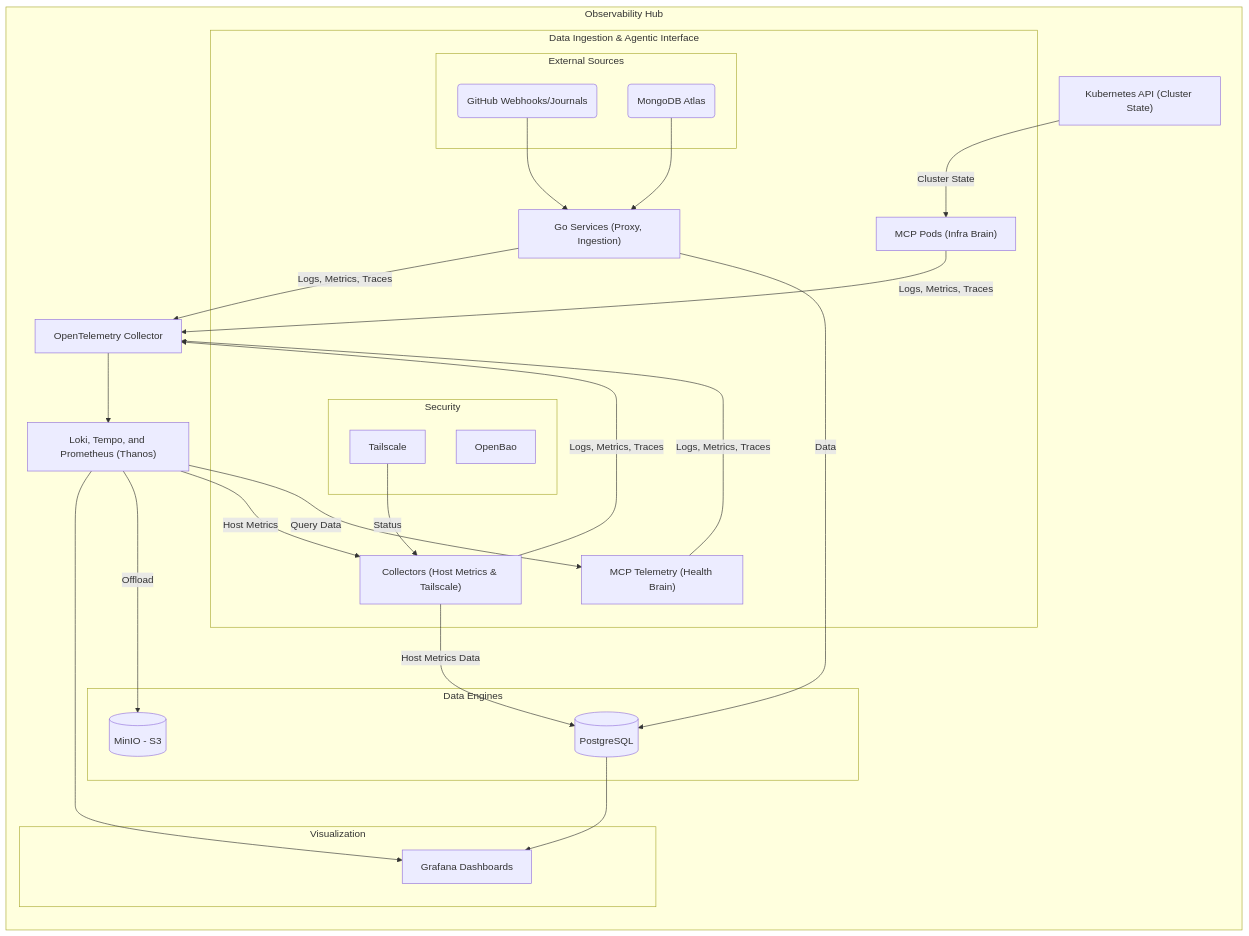
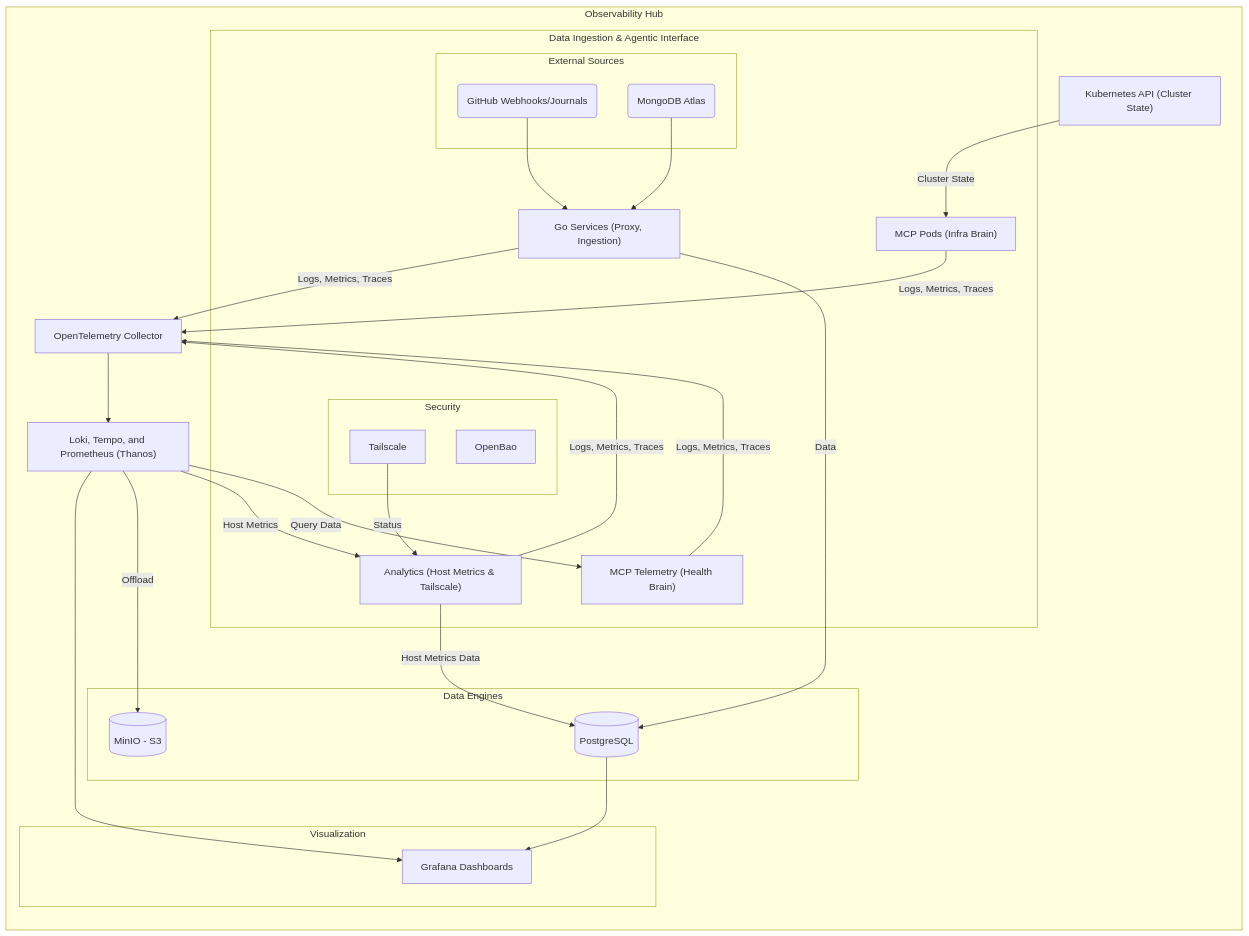
The diagram in README.md (victoriacheng15/observability-hub), drawn with Mermaid before and after one commit. The commit also changed other lines of this file and 13 other files, not shown here.

````diff
--- a/README.md
+++ b/README.md
@@ -64,58 +64,58 @@
 ```mermaid
 flowchart TB
     subgraph ObservabilityHub ["Observability Hub"]
         direction TB
         subgraph Logic ["Data Ingestion & Agentic Interface"]
             subgraph External ["External Sources"]
                 GH(GitHub Webhooks/Journals)
                 Mongo(MongoDB Atlas)
             end
 
             subgraph Security [Security]
                 Bao[OpenBao]
                 Tailscale[Tailscale]
             end
 
             GoApps["Go Services (Proxy, Ingestion)"]
             MCP_Tele["MCP Telemetry (Health Brain)"]
             MCP_Pods["MCP Pods (Infra Brain)"]
-            Collectors["Collectors (Host Metrics & Tailscale)"]
+            Analytics["Analytics (Host Metrics & Tailscale)"]
         end
 
         K8S["Kubernetes API (Cluster State)"]
         OTEL[OpenTelemetry Collector]
 
         Observability["Loki, Tempo, and Prometheus (Thanos)"]
         subgraph Storage ["Data Engines"]
             PG[(PostgreSQL)]
             S3[(MinIO - S3)]
         end
         
 
         subgraph Visualization ["Visualization"]
             Grafana[Grafana Dashboards]
         end
     end
 
     %% Data Pipeline Connections
     GH --> GoApps
     Mongo --> GoApps
     
     %% Domain-Isolated MCP Paths
     Observability -- "Query Data" --> MCP_Tele
     K8S -- "Cluster State" --> MCP_Pods
 
     %% Telemetry & Storage Connections
-    Observability -- "Host Metrics" --> Collectors
-    Tailscale -- "Status" --> Collectors
-    Collectors -- "Host Metrics Data" --> PG
+    Observability -- "Host Metrics" --> Analytics
+    Tailscale -- "Status" --> Analytics
+    Analytics -- "Host Metrics Data" --> PG
     GoApps -- Data --> PG
 
     %% Telemetry Pipeline (OTLP)
-    GoApps & MCP_Tele & MCP_Pods & Collectors -- "Logs, Metrics, Traces" --> OTEL
+    GoApps & MCP_Tele & MCP_Pods & Analytics -- "Logs, Metrics, Traces" --> OTEL
     OTEL --> Observability
     Observability -- "Offload" --> S3
 
     %% Visualization Connections
     Observability & PG --> Grafana
 ```
````
